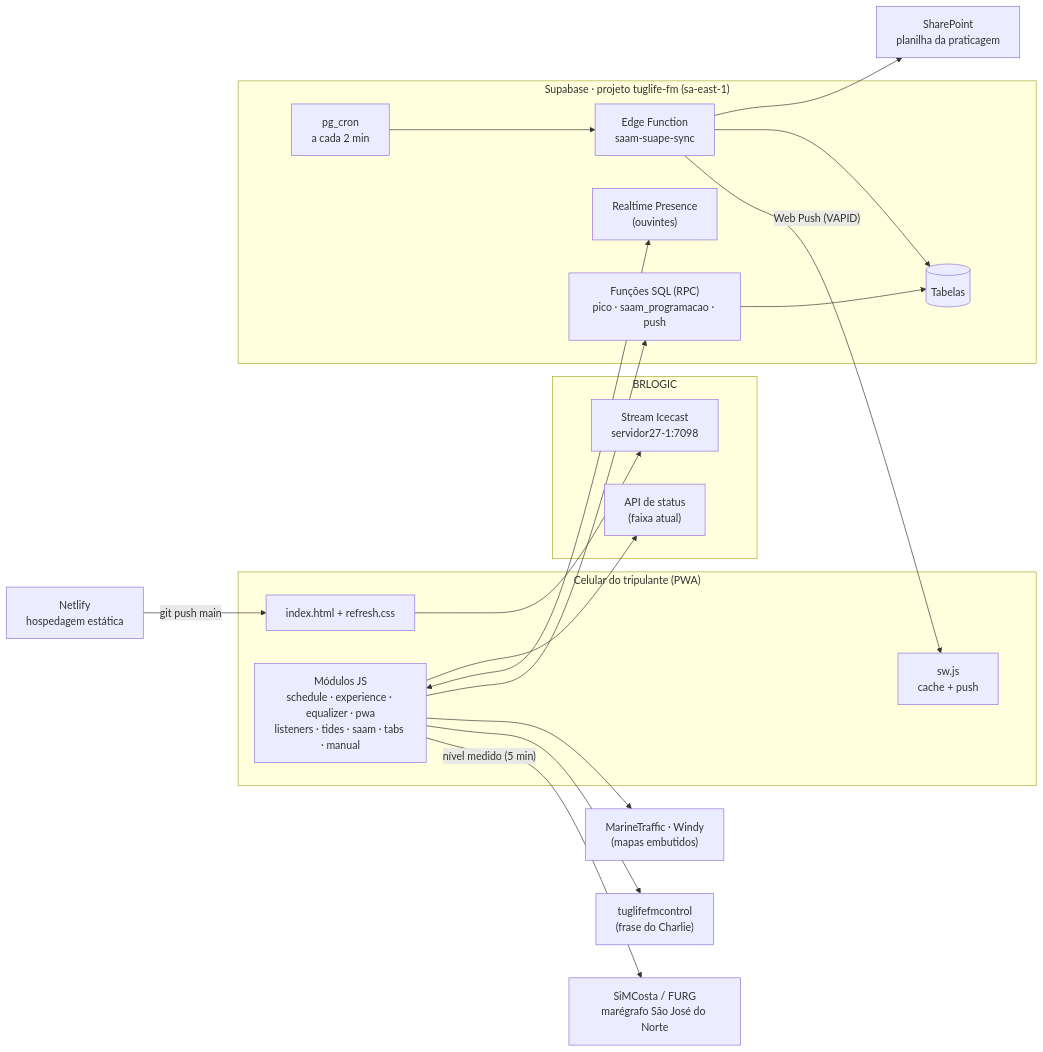
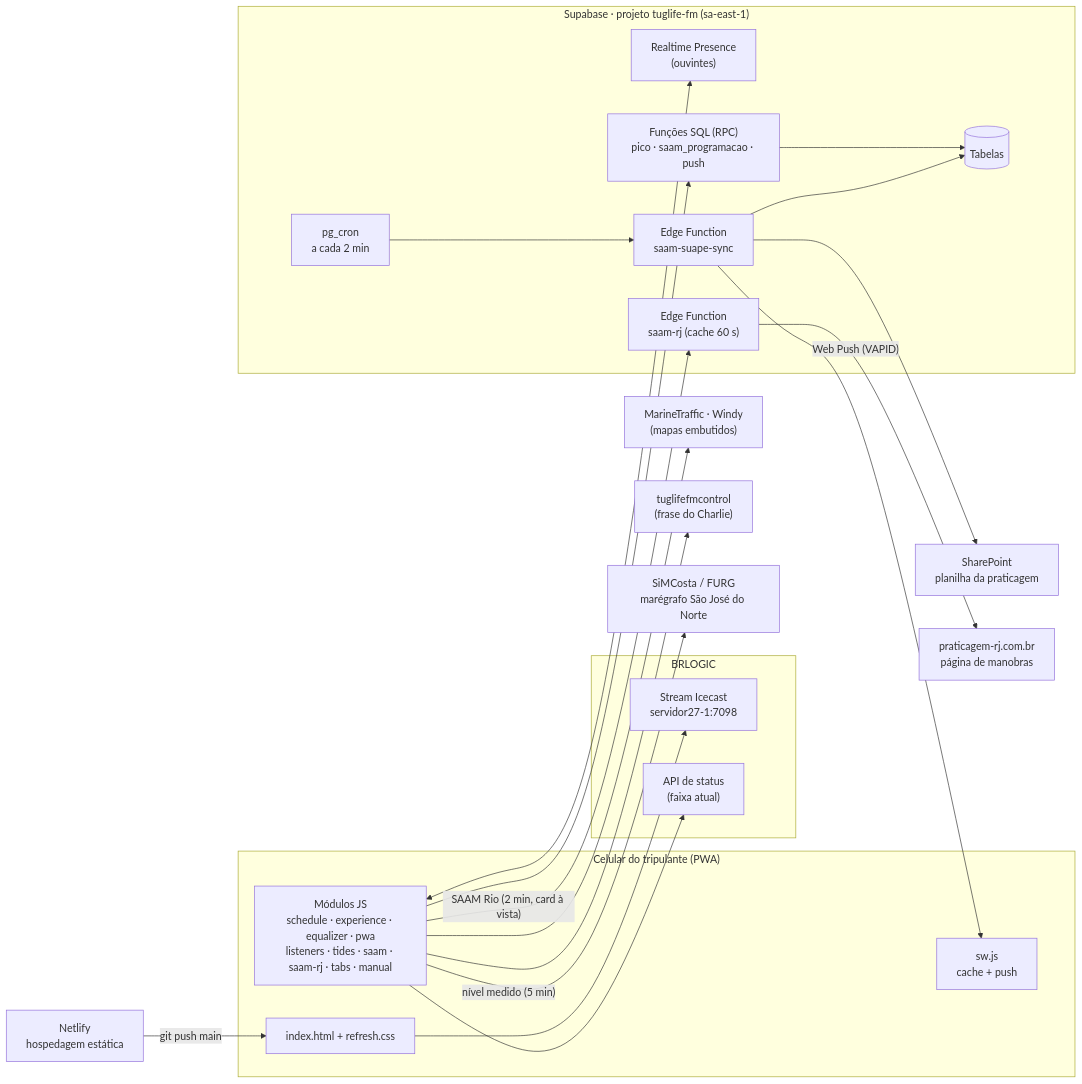
Before and after one commit to Jbvix/radiotuglifefm: the first of 3 diagrams in docs/PROJETO.md, drawn with Mermaid. The commit also changed other lines of this file and 14 other files, not shown here.

First line of the commit message:
feat: Programação SAAM · Rio de Janeiro pela Praticagem RJ (v3.9.0, SPRINT 27)

````diff
--- a/docs/PROJETO.md
+++ b/docs/PROJETO.md
@@ -122,39 +130,42 @@
 ```mermaid
 flowchart LR
   subgraph Celular["Celular do tripulante (PWA)"]
     UI["index.html + refresh.css"]
     SW["sw.js<br/>cache + push"]
-    M["Módulos JS<br/>schedule · experience · equalizer · pwa<br/>listeners · tides · saam · tabs · manual"]
+    M["Módulos JS<br/>schedule · experience · equalizer · pwa<br/>listeners · tides · saam · saam-rj · tabs · manual"]
   end
 
   subgraph BRLOGIC["BRLOGIC"]
     ST["Stream Icecast<br/>servidor27-1:7098"]
     SA["API de status<br/>(faixa atual)"]
   end
 
   subgraph Supabase["Supabase · projeto tuglife-fm (sa-east-1)"]
     RT["Realtime Presence<br/>(ouvintes)"]
     RPC["Funções SQL (RPC)<br/>pico · saam_programacao · push"]
     DB[("Tabelas")]
     EF["Edge Function<br/>saam-suape-sync"]
+    EFR["Edge Function<br/>saam-rj (cache 60 s)"]
     CR["pg_cron<br/>a cada 2 min"]
   end
 
   SP["SharePoint<br/>planilha da praticagem"]
+  PRJ["praticagem-rj.com.br<br/>página de manobras"]
   EXT["MarineTraffic · Windy<br/>(mapas embutidos)"]
   CT["tuglifefmcontrol<br/>(frase do Charlie)"]
   SIM["SiMCosta / FURG<br/>marégrafo São José do Norte"]
   NET["Netlify<br/>hospedagem estática"]
 
   NET -->|"git push main"| UI
   UI --> ST
   M --> SA
   M <--> RT
   M --> RPC --> DB
   CR --> EF --> SP
   EF --> DB
   EF -->|"Web Push (VAPID)"| SW
   M --> EXT
   M --> CT
   M -->|"nível medido (5 min)"| SIM
+  M -->|"SAAM Rio (2 min, card à vista)"| EFR --> PRJ
 ```
````
